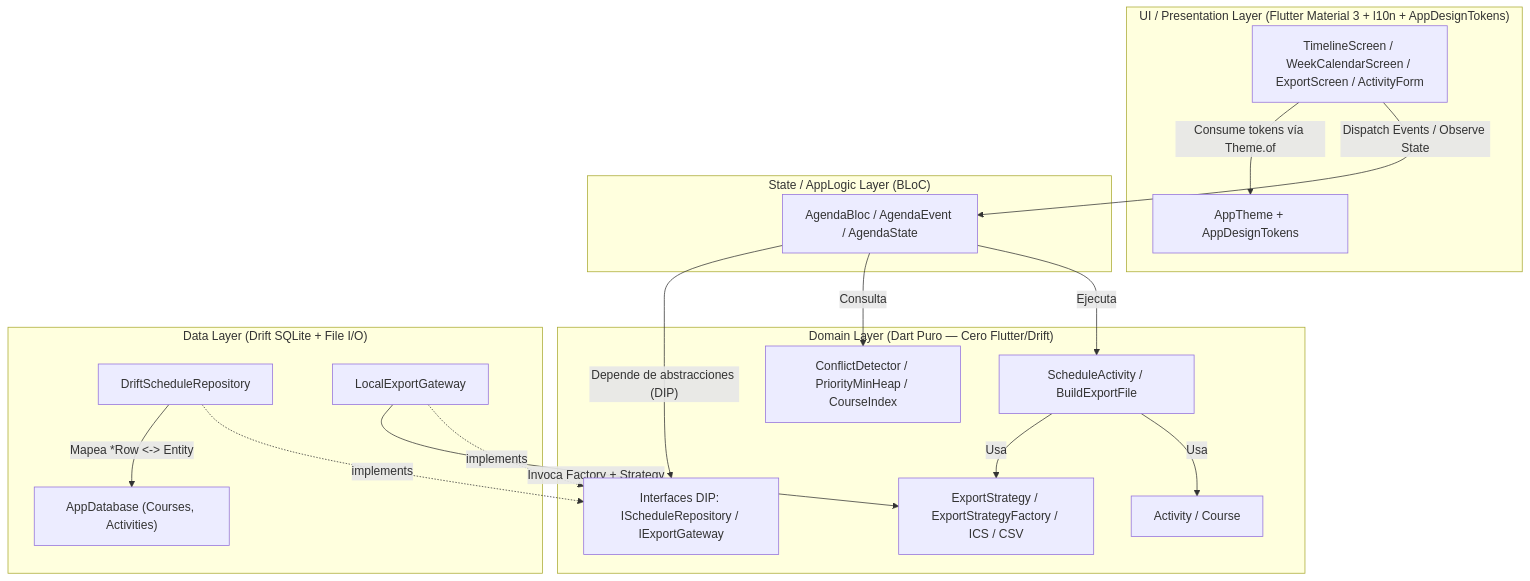
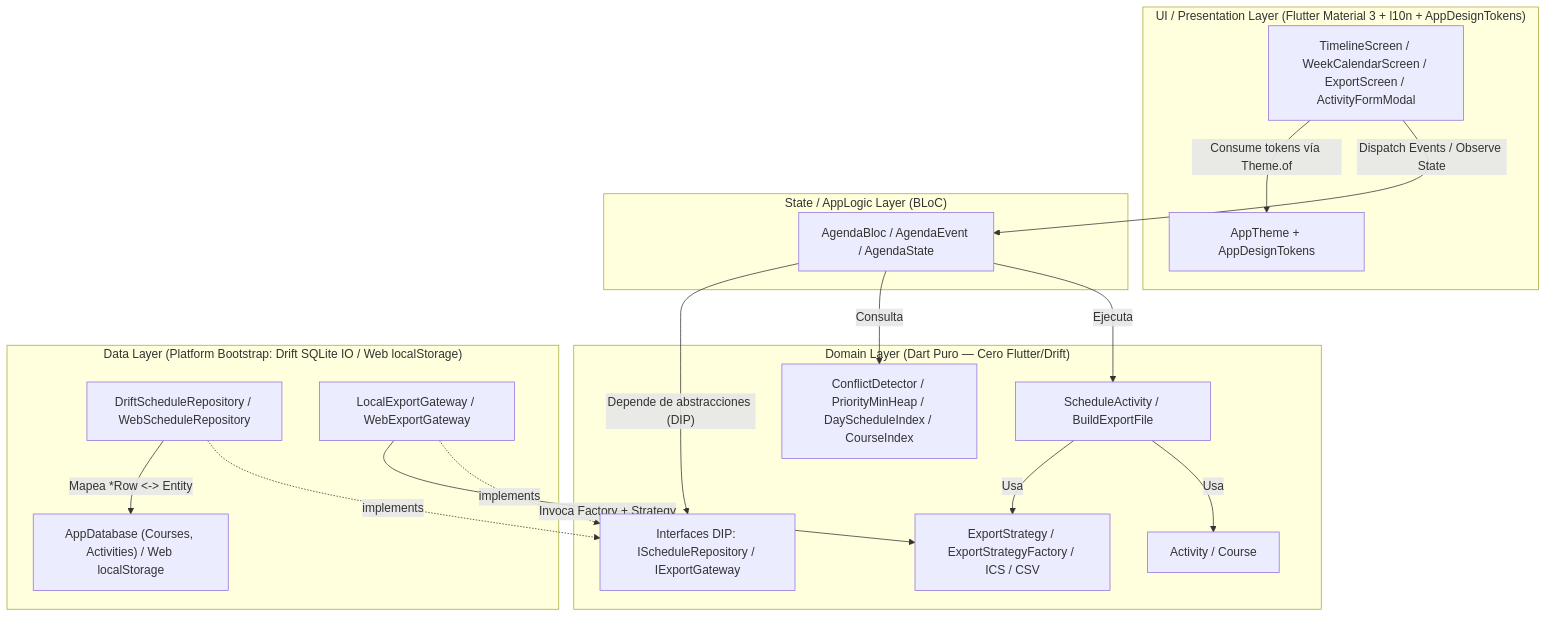
Before and after one commit to vfcpdev/memotask: the second of 9 diagrams in docs/UML.md, drawn with Mermaid. The commit also changed other lines of this file, not shown here.

Commit message:
docs: sync UML diagrams with Web platform bootstrap and gateways

````diff
--- a/docs/UML.md
+++ b/docs/UML.md
@@ -40,37 +40,37 @@
 ```mermaid
 flowchart TB
     subgraph UI["UI / Presentation Layer (Flutter Material 3 + l10n + AppDesignTokens)"]
-        Screens["TimelineScreen / WeekCalendarScreen / ExportScreen / ActivityForm"]
+        Screens["TimelineScreen / WeekCalendarScreen / ExportScreen / ActivityFormModal"]
         Theme["AppTheme + AppDesignTokens"]
     end
 
     subgraph State["State / AppLogic Layer (BLoC)"]
         Bloc["AgendaBloc / AgendaEvent / AgendaState"]
     end
 
     subgraph Domain["Domain Layer (Dart Puro — Cero Flutter/Drift)"]
         Entities["Activity / Course"]
-        Algorithms["ConflictDetector / PriorityMinHeap / CourseIndex"]
+        Algorithms["ConflictDetector / PriorityMinHeap / DayScheduleIndex / CourseIndex"]
         UseCases["ScheduleActivity / BuildExportFile"]
         Strategies["ExportStrategy / ExportStrategyFactory / ICS / CSV"]
         Ports["Interfaces DIP: IScheduleRepository / IExportGateway"]
     end
 
-    subgraph Data["Data Layer (Drift SQLite + File I/O)"]
-        RepoImpl["DriftScheduleRepository"]
-        ExportImpl["LocalExportGateway"]
-        DB["AppDatabase (Courses, Activities)"]
+    subgraph Data["Data Layer (Platform Bootstrap: Drift SQLite IO / Web localStorage)"]
+        RepoImpl["DriftScheduleRepository / WebScheduleRepository"]
+        ExportImpl["LocalExportGateway / WebExportGateway"]
+        DB["AppDatabase (Courses, Activities) / Web localStorage"]
     end
 
     Screens -->|"Dispatch Events / Observe State"| Bloc
     Screens -->|"Consume tokens vía Theme.of"| Theme
     Bloc -->|"Ejecuta"| UseCases
     Bloc -->|"Consulta"| Algorithms
     Bloc -->|"Depende de abstracciones (DIP)"| Ports
     UseCases -->|"Usa"| Entities
     UseCases -->|"Usa"| Strategies
     RepoImpl -.->|"implements"| Ports
     ExportImpl -.->|"implements"| Ports
     RepoImpl -->|"Mapea *Row <-> Entity"| DB
     ExportImpl -->|"Invoca Factory + Strategy"| Strategies
 ```
````
